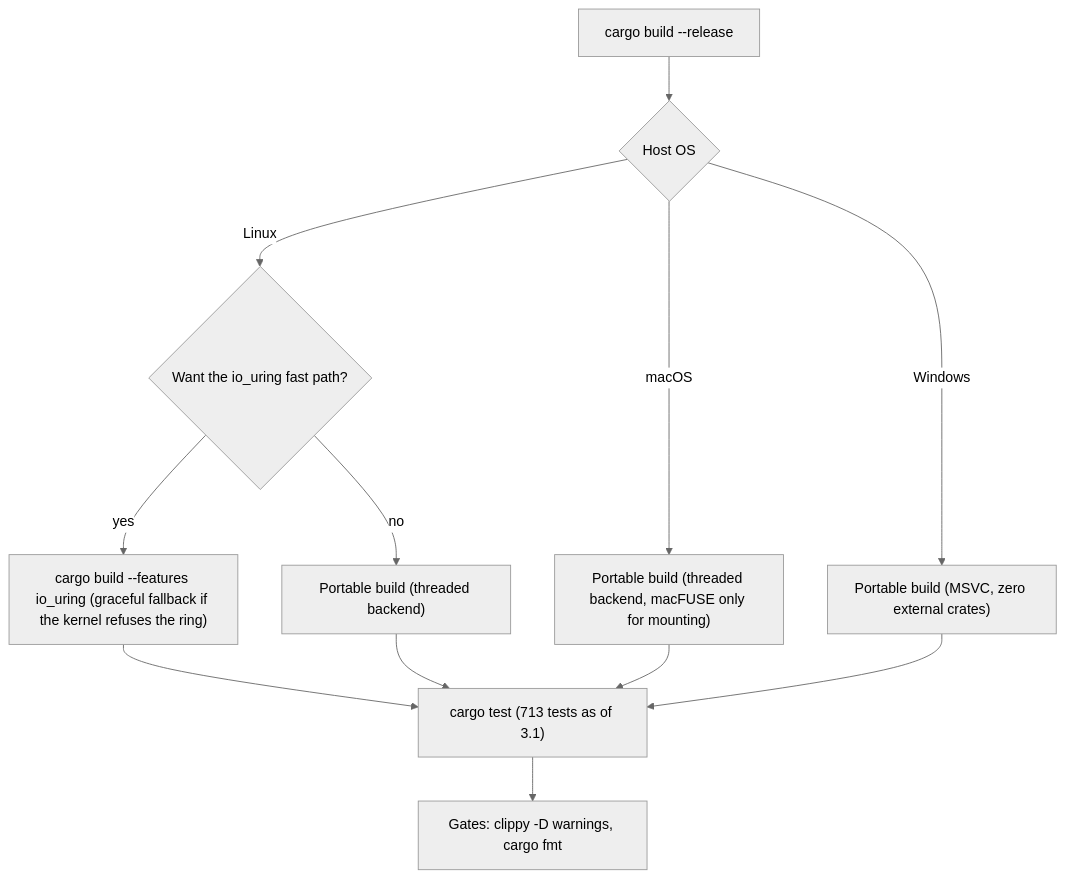
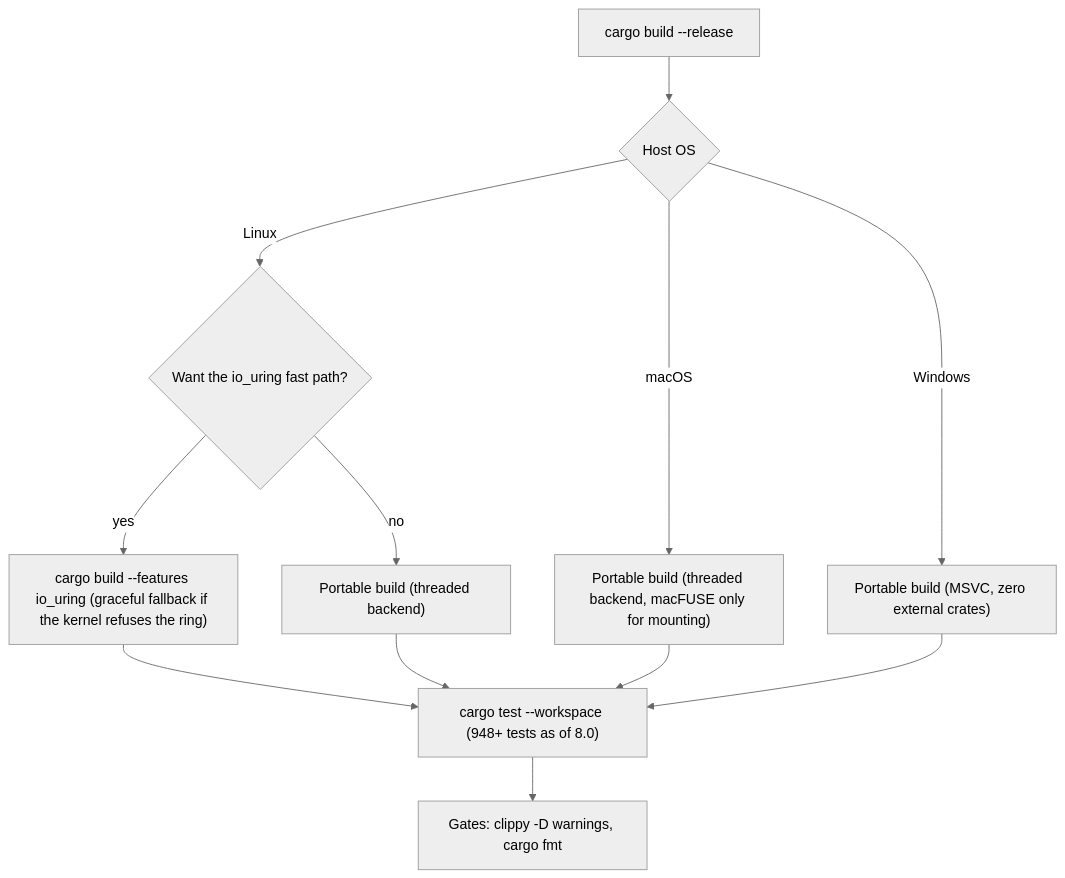
The diagram in BUILD.md (lionxlover/LionFS), drawn with Mermaid (neutral theme) before and after one commit. The commit also changed other lines of this file and 426 other files, not shown here.

````diff
--- a/BUILD.md
+++ b/BUILD.md
@@ -7,14 +15,14 @@
 ```mermaid
 flowchart TB
     START["cargo build --release"] --> OS{"Host OS"}
     OS -->|"Linux"| LF{"Want the io_uring fast path?"}
     OS -->|"macOS"| MAC["Portable build (threaded backend, macFUSE only for mounting)"]
     OS -->|"Windows"| WIN["Portable build (MSVC, zero external crates)"]
     LF -->|"yes"| FAST["cargo build --features io_uring (graceful fallback if the kernel refuses the ring)"]
     LF -->|"no"| PORT["Portable build (threaded backend)"]
-    FAST --> TEST["cargo test (713 tests as of 3.1)"]
+    FAST --> TEST["cargo test --workspace (948+ tests as of 8.0)"]
     PORT --> TEST
     MAC --> TEST
     WIN --> TEST
     TEST --> GATE["Gates: clippy -D warnings, cargo fmt"]
 ```
````
